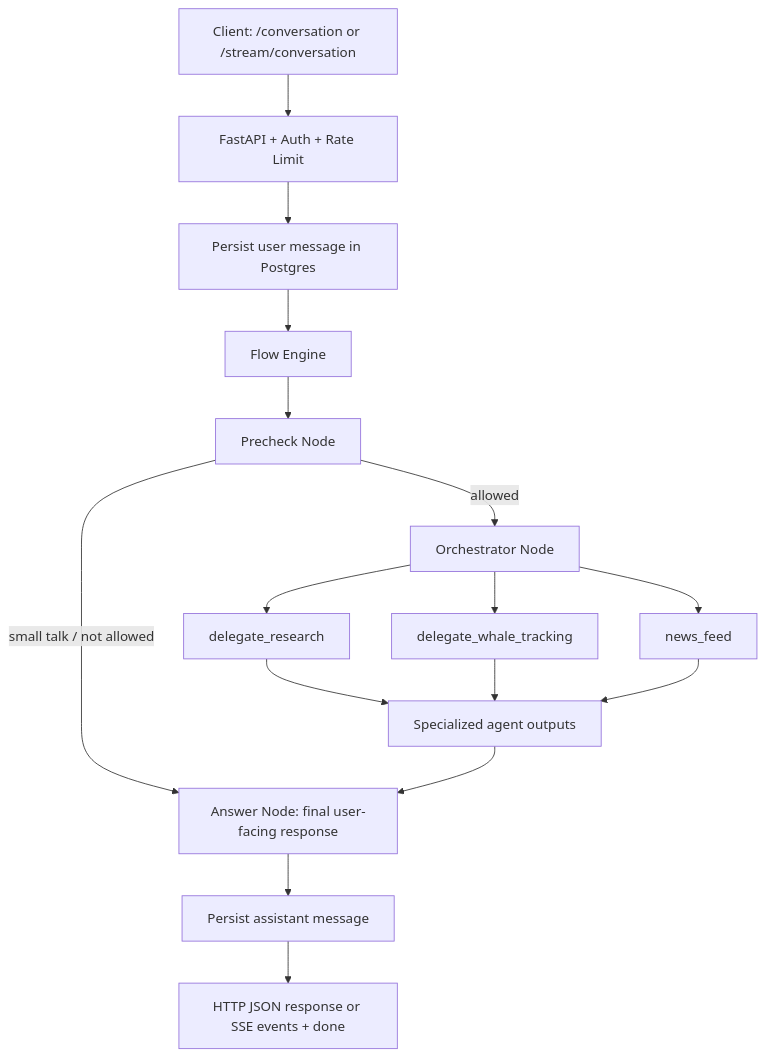
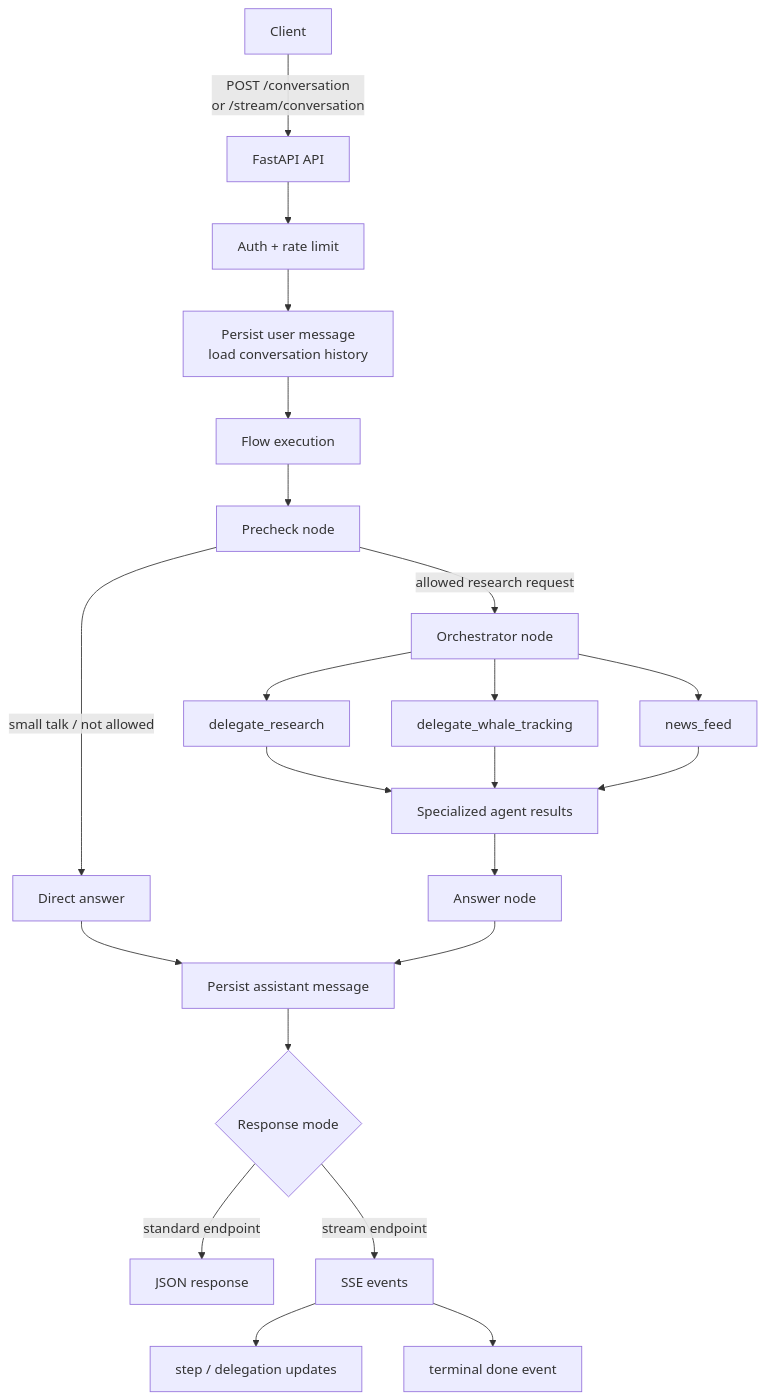
Before and after one commit to filipxcode/FinAgent: the diagram in README.md, drawn with Mermaid. The commit also changed other lines of this file, not shown here.

Commit message:
Update README for async flow, queue, and SSE architecture

````diff
--- a/README.md
+++ b/README.md
@@ -20,22 +9,28 @@
 ```mermaid
 flowchart TD
-    A[Client: /conversation or /stream/conversation] --> B[FastAPI + Auth + Rate Limit]
-    B --> C[Persist user message in Postgres]
-    C --> D[Flow Engine]
+    A[Client] -->|POST /conversation<br/>or /stream/conversation| B[FastAPI API]
+    B --> C[Auth + rate limit]
+    C --> D[Persist user message<br/>load conversation history]
+    D --> E[Flow execution]
 
-    D --> E[Precheck Node]
-    E -->|small talk / not allowed| H[Answer Node]
-    E -->|allowed| F[Orchestrator Node]
+    E --> F[Precheck node]
+    F -->|small talk / not allowed| G[Direct answer]
+    F -->|allowed research request| H[Orchestrator node]
 
-    F --> F1[delegate_research]
-    F --> F2[delegate_whale_tracking]
-    F --> F3[news_feed]
+    H --> I[delegate_research]
+    H --> J[delegate_whale_tracking]
+    H --> K[news_feed]
 
-    F1 --> G[Specialized agent outputs]
-    F2 --> G
-    F3 --> G
+    I --> L[Specialized agent results]
+    J --> L
+    K --> L
+    L --> M[Answer node]
+    G --> N[Persist assistant message]
+    M --> N
 
-    G --> H[Answer Node: final user-facing response]
-    H --> I[Persist assistant message]
-    I --> J[HTTP JSON response or SSE events + done]
+    N --> O{Response mode}
+    O -->|standard endpoint| P[JSON response]
+    O -->|stream endpoint| Q[SSE events]
+    Q --> R[step / delegation updates]
+    Q --> S[terminal done event]
 ```
````
